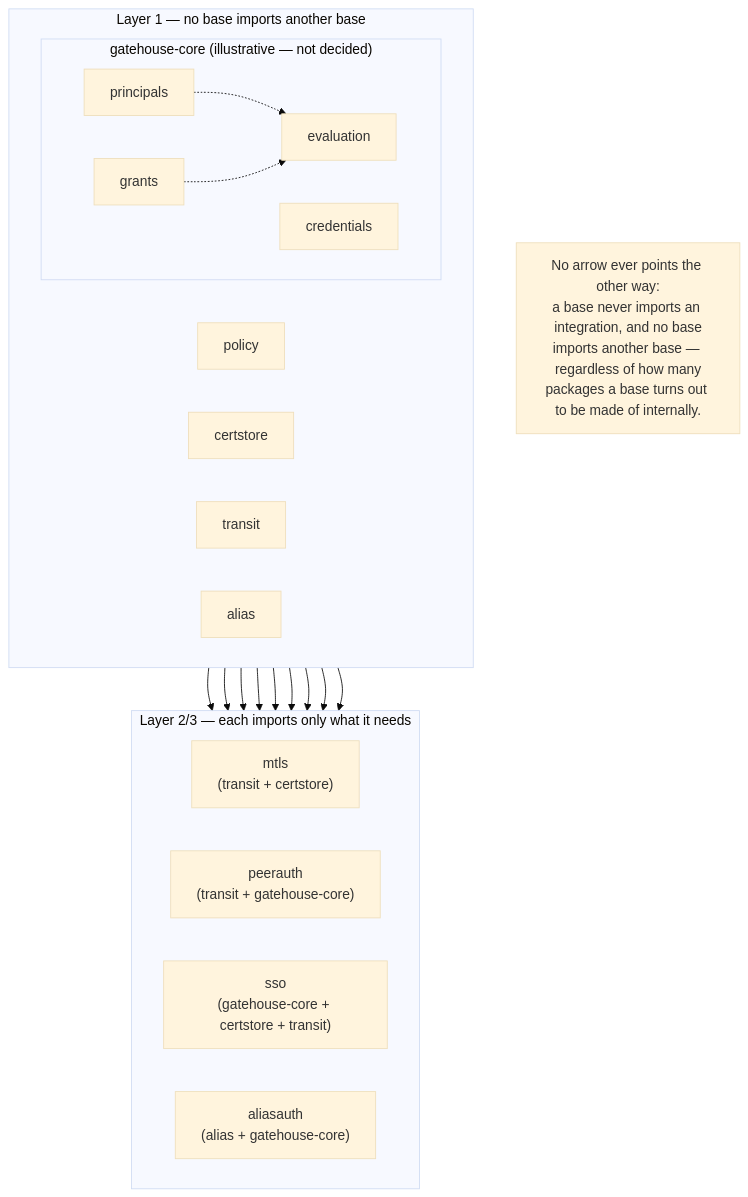
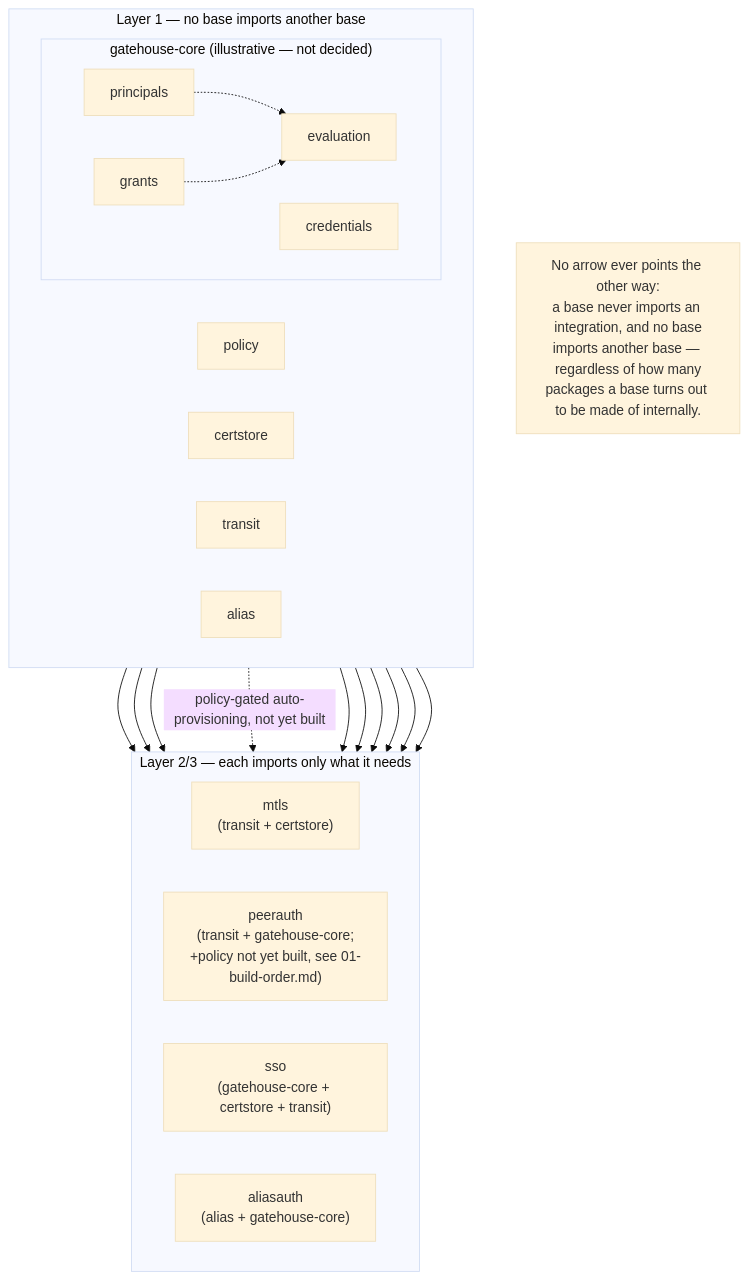
The second of 2 diagrams in docs/architecture/02-package-boundaries.md (croge130/archipelago), drawn with Mermaid (base theme) before and after one commit. The commit also changed 1 other file, not shown here.

Commit message:
Correct previous fix: peer authorization's Policy link is deferred, not dead
The last pass dropped "(+ Policy)" from Peer authorization as if it
were simply unused. It wasn't unused — it names a real, confirmed
design piece: 09-gatehouse-core-model.md's policy-gated mTLS
auto-provisioning exception (first contact from an already-enrolled
cert, keyed on subject+fingerprint). peerauth's own doc comment
already points straight at this and explicitly declines to implement
it ("a deliberate policy decision a caller makes explicitly... not
something this package does"), and nothing else (EnsureMTLSCredential
included) calls into Policy for the gate either — so it's correctly a
"not yet built anywhere" situation, not a "never was going to happen
and got deleted" one. Restored the dependency with that framing, and a
labeled dotted graph edge (matching the "shared grouping"-style labels
already used elsewhere) instead of silence.

Claude-Session: https://claude.ai/code/session_015FikFau2uAycQBP43yANTj

````diff
--- a/docs/architecture/02-package-boundaries.md
+++ b/docs/architecture/02-package-boundaries.md
@@ -191,41 +191,42 @@
 ```mermaid
 flowchart TB
     subgraph GHCore["gatehouse-core (illustrative — not decided)"]
         direction LR
         GHP["principals"]
         GHC["credentials"]
         GHGR["grants"]
         GHE["evaluation"]
     end
     GHP -.-> GHE
     GHGR -.-> GHE
 
     subgraph Base["Layer 1 — no base imports another base"]
         direction LR
         GHCore
         POL["policy"]
         CS["certstore"]
         TR["transit"]
         ALIAS["alias"]
     end
 
     subgraph Integrations["Layer 2/3 — each imports only what it needs"]
         direction LR
         MTLS["mtls<br/>(transit + certstore)"]
-        PEERAUTH["peerauth<br/>(transit + gatehouse-core)"]
+        PEERAUTH["peerauth<br/>(transit + gatehouse-core;<br/>+policy not yet built, see 01-build-order.md)"]
         SSO["sso<br/>(gatehouse-core + certstore + transit)"]
         ALIASAUTH["aliasauth<br/>(alias + gatehouse-core)"]
     end
 
     TR --> MTLS
     CS --> MTLS
     TR --> PEERAUTH
     GHCore --> PEERAUTH
+    POL -.policy-gated auto-provisioning, not yet built.-> PEERAUTH
     GHCore --> SSO
     CS --> SSO
     TR --> SSO
     ALIAS --> ALIASAUTH
     GHCore --> ALIASAUTH
 
     Note["No arrow ever points the other way:<br/>a base never imports an integration, and no base<br/>imports another base — regardless of how many<br/>packages a base turns out to be made of internally."]
 ```
````
